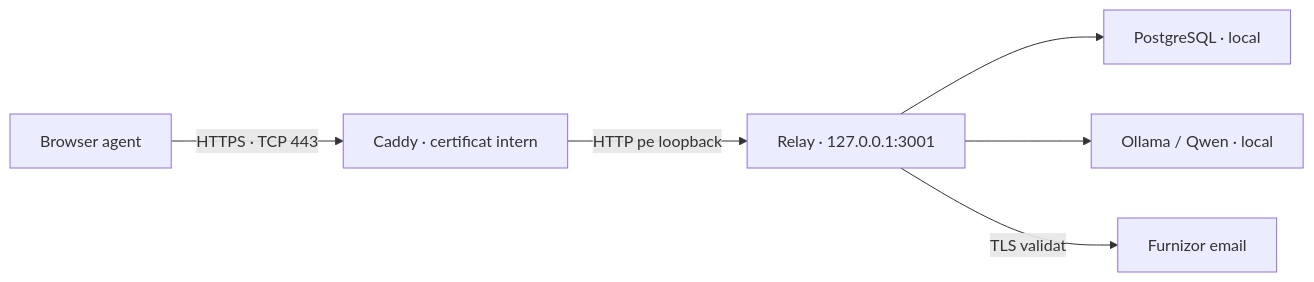
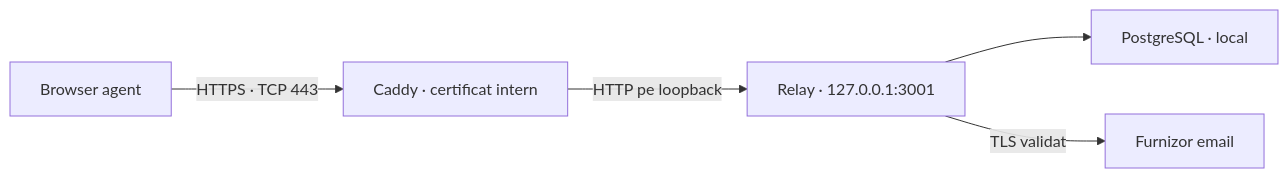
The diagram in docs/corporate-https.md (vladovidiu1/dispecerizare), drawn with Mermaid before and after one commit. The commit also changed other lines of this file and 57 other files, not shown here.

````diff
--- a/docs/corporate-https.md
+++ b/docs/corporate-https.md
@@ -9,8 +9,7 @@
 ```mermaid
 flowchart LR
   A[Browser agent] -->|HTTPS · TCP 443| P[Caddy · certificat intern]
   P -->|HTTP pe loopback| B[Relay · 127.0.0.1:3001]
   B --> D[PostgreSQL · local]
-  B --> Q[Ollama / Qwen · local]
   B -->|TLS validat| M[Furnizor email]
 ```
````
